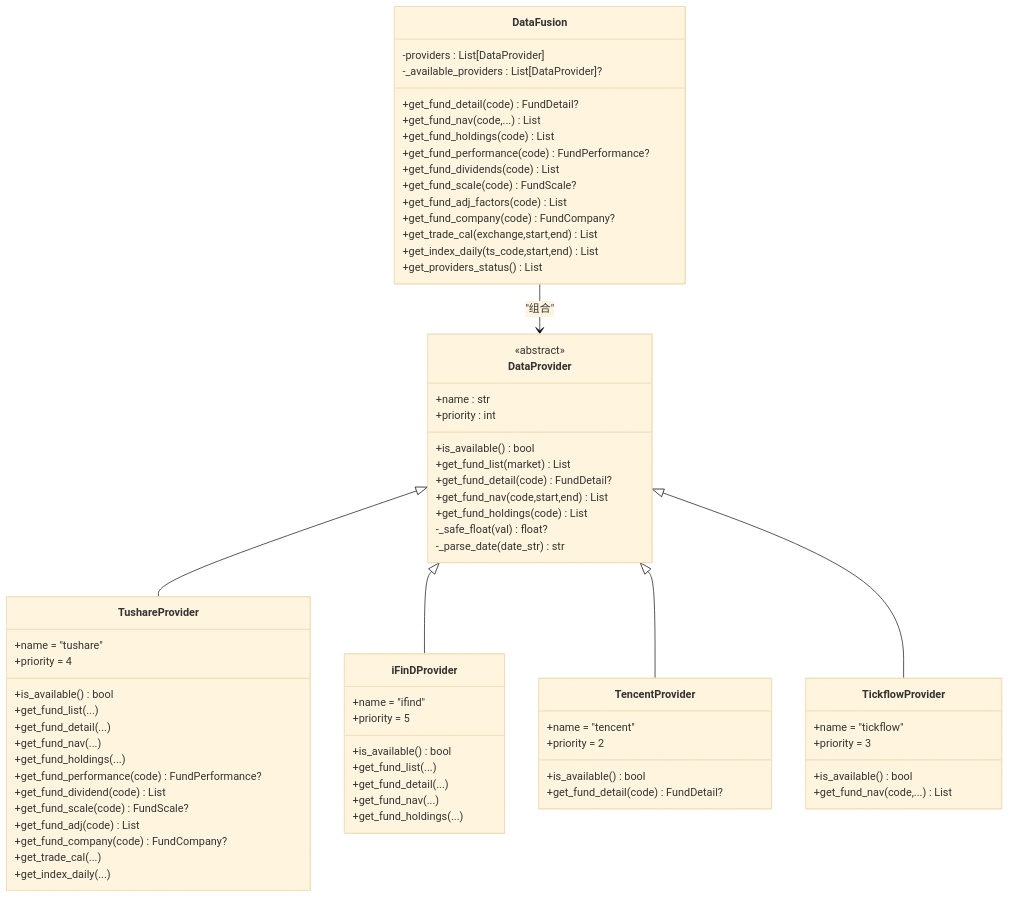
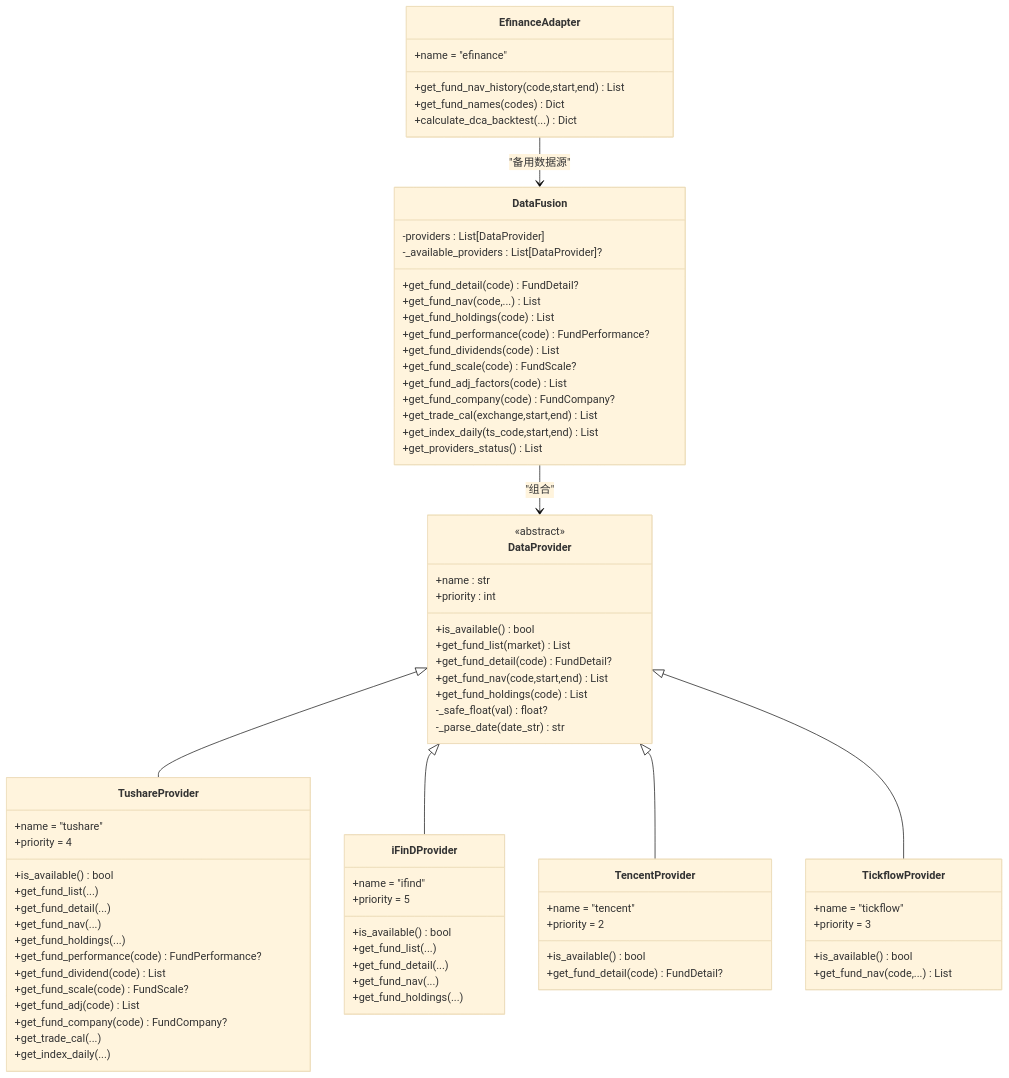
The second of 5 diagrams in .qoder/repowiki/zh/content/数据管理/数据源集成.md (youkell85/FundTrader), drawn with Mermaid (base theme) before and after one commit. The commit also changed other lines of this file and 11 other files, not shown here.

````diff
--- a/.qoder/repowiki/zh/content/数据管理/数据源集成.md
+++ b/.qoder/repowiki/zh/content/数据管理/数据源集成.md
@@ -113,72 +139,79 @@
 ```mermaid
 classDiagram
 class DataProvider {
 <<abstract>>
 +name : str
 +priority : int
 +is_available() bool
 +get_fund_list(market) List
 +get_fund_detail(code) FundDetail?
 +get_fund_nav(code,start,end) List
 +get_fund_holdings(code) List
 -_safe_float(val) float?
 -_parse_date(date_str) str
 }
 class TushareProvider {
 +name = "tushare"
 +priority = 4
 +is_available() bool
 +get_fund_list(...)
 +get_fund_detail(...)
 +get_fund_nav(...)
 +get_fund_holdings(...)
 +get_fund_performance(code) FundPerformance?
 +get_fund_dividend(code) List
 +get_fund_scale(code) FundScale?
 +get_fund_adj(code) List
 +get_fund_company(code) FundCompany?
 +get_trade_cal(...)
 +get_index_daily(...)
 }
 class iFinDProvider {
 +name = "ifind"
 +priority = 5
 +is_available() bool
 +get_fund_list(...)
 +get_fund_detail(...)
 +get_fund_nav(...)
 +get_fund_holdings(...)
 }
 class TencentProvider {
 +name = "tencent"
 +priority = 2
 +is_available() bool
 +get_fund_detail(code) FundDetail?
 }
 class TickflowProvider {
 +name = "tickflow"
 +priority = 3
 +is_available() bool
 +get_fund_nav(code,...) List
 }
+class EfinanceAdapter {
++name = "efinance"
++get_fund_nav_history(code,start,end) List
++get_fund_names(codes) Dict
++calculate_dca_backtest(...) Dict
+}
 class DataFusion {
 -providers : List[DataProvider]
 -_available_providers : List[DataProvider]?
 +get_fund_detail(code) FundDetail?
 +get_fund_nav(code,...) List
 +get_fund_holdings(code) List
 +get_fund_performance(code) FundPerformance?
 +get_fund_dividends(code) List
 +get_fund_scale(code) FundScale?
 +get_fund_adj_factors(code) List
 +get_fund_company(code) FundCompany?
 +get_trade_cal(exchange,start,end) List
 +get_index_daily(ts_code,start,end) List
 +get_providers_status() List
 }
 DataProvider <|-- TushareProvider
 DataProvider <|-- iFinDProvider
 DataProvider <|-- TencentProvider
 DataProvider <|-- TickflowProvider
 DataFusion --> DataProvider : "组合"
+EfinanceAdapter --> DataFusion : "备用数据源"
 ```
````
